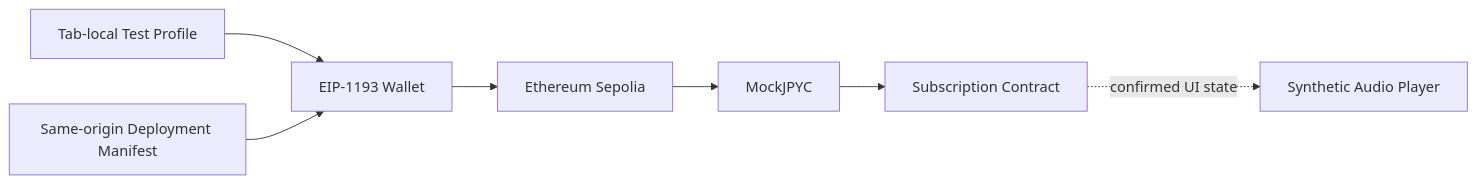
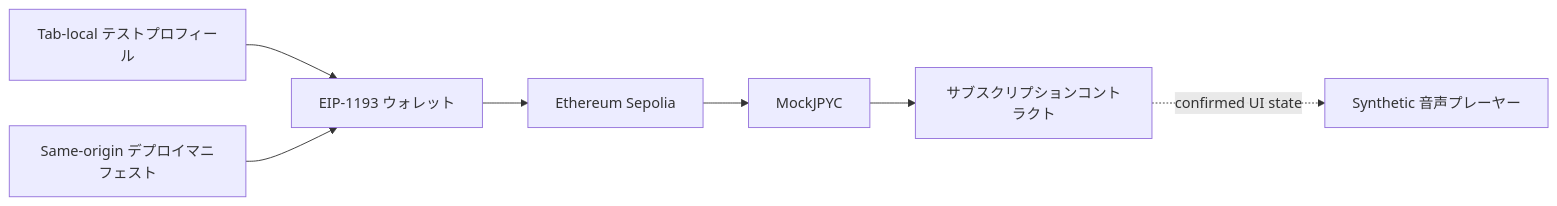
The diagram in docs/adr/ADR-0014-public-testnet-user-journey.md (ShigeichiroYamasaki/creator-first-platform), drawn with Mermaid before and after one commit. The commit also changed other lines of this file and 72 other files, not shown here.

````diff
--- a/docs/adr/ADR-0014-public-testnet-user-journey.md
+++ b/docs/adr/ADR-0014-public-testnet-user-journey.md
@@ -26,16 +26,16 @@
 ```mermaid
 flowchart LR
-    PROFILE[Tab-local Test Profile]
-    WALLET[EIP-1193 Wallet]
-    MANIFEST[Same-origin Deployment Manifest]
+    PROFILE[Tab-local テストプロフィール]
+    WALLET[EIP-1193 ウォレット]
+    MANIFEST[Same-origin デプロイマニフェスト]
     SEPOLIA[Ethereum Sepolia]
     TOKEN[MockJPYC]
-    SUB[Subscription Contract]
-    PLAYER[Synthetic Audio Player]
+    SUB[サブスクリプションコントラクト]
+    PLAYER[Synthetic 音声プレーヤー]
 
     PROFILE --> WALLET
     MANIFEST --> WALLET
     WALLET --> SEPOLIA
     SEPOLIA --> TOKEN --> SUB
     SUB -. confirmed UI state .-> PLAYER
 ```
````
